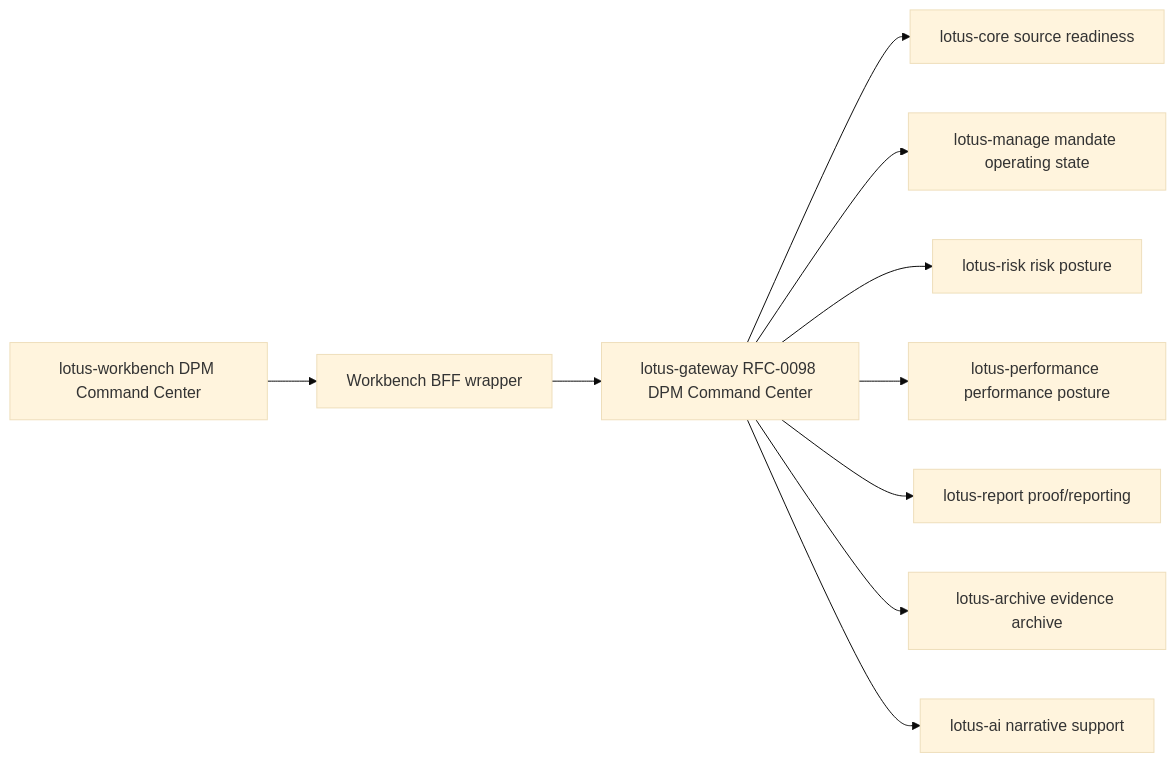
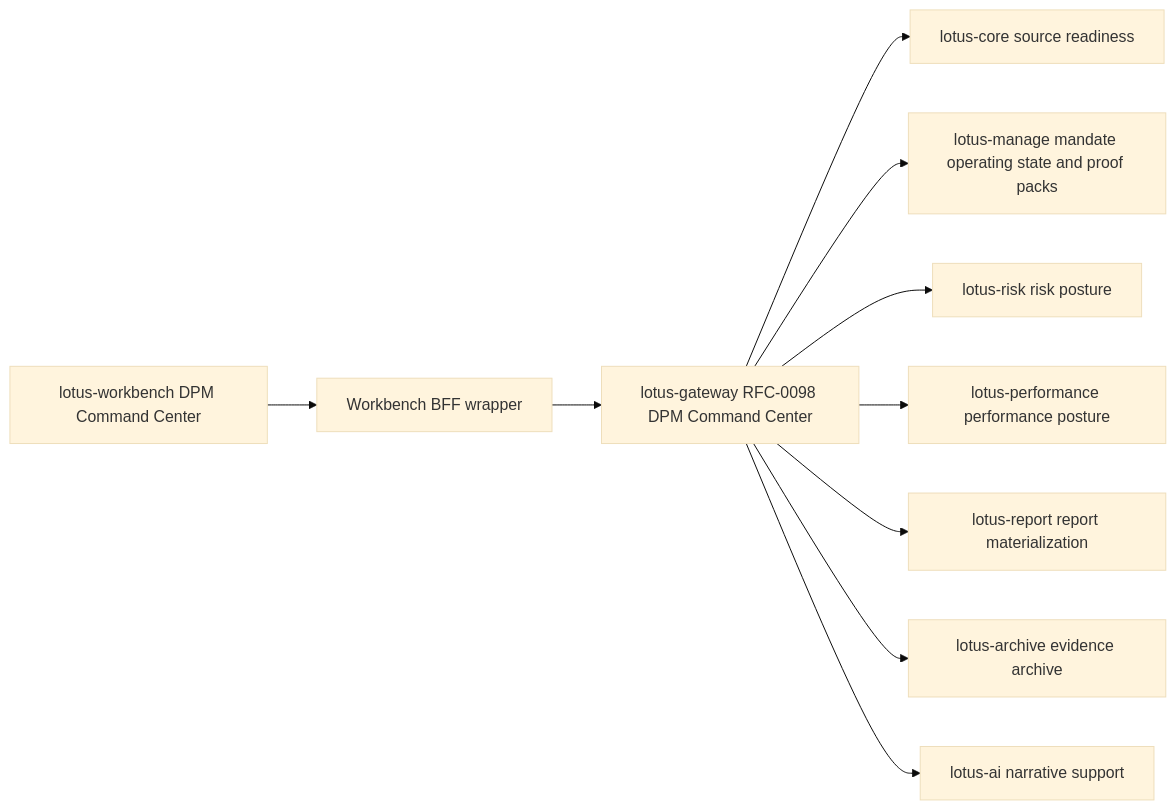
Before and after one commit to sgajbi/advisor-workbench: the first of 3 diagrams in docs/rfcs/RFC-0098-dpm-mandate-command-center-experience.md, drawn with Mermaid (base theme). The commit also changed other lines of this file and 5 other files, not shown here.

````diff
--- a/docs/rfcs/RFC-0098-dpm-mandate-command-center-experience.md
+++ b/docs/rfcs/RFC-0098-dpm-mandate-command-center-experience.md
@@ -161,23 +162,23 @@
 ```mermaid
 flowchart LR
   Workbench[lotus-workbench DPM Command Center]
   Bff[Workbench BFF wrapper]
   Gateway[lotus-gateway RFC-0098 DPM Command Center]
   Core[lotus-core source readiness]
-  Manage[lotus-manage mandate operating state]
+  Manage[lotus-manage mandate operating state and proof packs]
   Risk[lotus-risk risk posture]
   Performance[lotus-performance performance posture]
-  Report[lotus-report proof/reporting]
+  Report[lotus-report report materialization]
   Archive[lotus-archive evidence archive]
   AI[lotus-ai narrative support]
 
   Workbench --> Bff
   Bff --> Gateway
   Gateway --> Core
   Gateway --> Manage
   Gateway --> Risk
   Gateway --> Performance
   Gateway --> Report
   Gateway --> Archive
   Gateway --> AI
 ```
````
